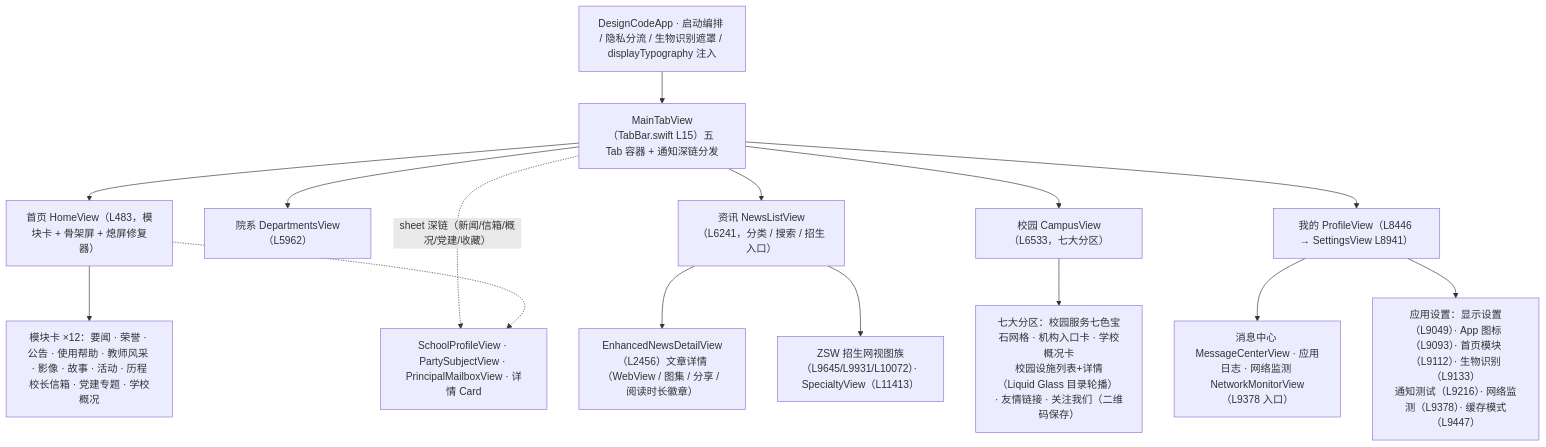
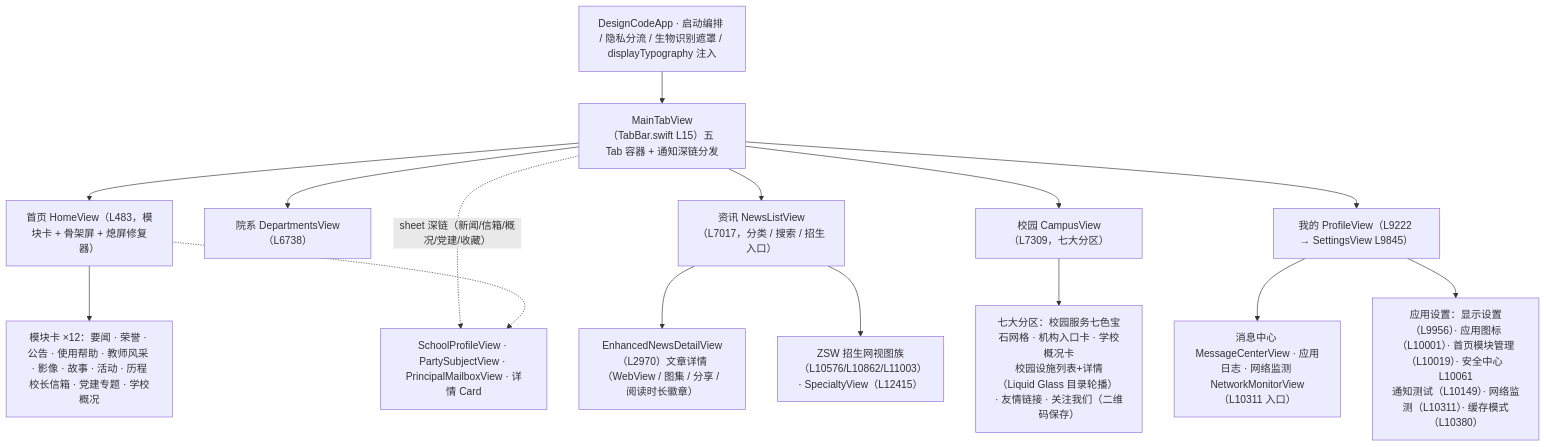
One commit to kkkh/demo changed the diagram in qin/docs/code-wiki/02-主要模块职责.md. Above: the diagram before and after it, drawn with Mermaid. The commit also changed other lines of this file and 7 other files, not shown here.

````diff
--- a/qin/docs/code-wiki/02-主要模块职责.md
+++ b/qin/docs/code-wiki/02-主要模块职责.md
@@ -63,19 +63,19 @@
 ```mermaid
 flowchart TB
     APP["DesignCodeApp · 启动编排 / 隐私分流 / 生物识别遮罩 / displayTypography 注入"]
     TAB["MainTabView（TabBar.swift L15）五 Tab 容器 + 通知深链分发"]
     APP --> TAB
     TAB --> T0["首页 HomeView（L483，模块卡 + 骨架屏 + 熄屏修复器）"]
-    TAB --> T1["院系 DepartmentsView（L5962）"]
-    TAB --> T2["资讯 NewsListView（L6241，分类 / 搜索 / 招生入口）"]
-    TAB --> T3["校园 CampusView（L6533，七大分区）"]
-    TAB --> T4["我的 ProfileView（L8446 → SettingsView L8941）"]
+    TAB --> T1["院系 DepartmentsView（L6738）"]
+    TAB --> T2["资讯 NewsListView（L7017，分类 / 搜索 / 招生入口）"]
+    TAB --> T3["校园 CampusView（L7309，七大分区）"]
+    TAB --> T4["我的 ProfileView（L9222 → SettingsView L9845）"]
     T0 --> M0["模块卡 ×12：要闻 · 荣誉 · 公告 · 使用帮助 · 教师风采 · 影像 · 故事 · 活动 · 历程<br/>校长信箱 · 党建专题 · 学校概况"]
-    T2 --> N0["EnhancedNewsDetailView（L2456）文章详情（WebView / 图集 / 分享 / 阅读时长徽章）"]
-    T2 --> Z0["ZSW 招生网视图族（L9645/L9931/L10072）· SpecialtyView（L11413）"]
+    T2 --> N0["EnhancedNewsDetailView（L2970）文章详情（WebView / 图集 / 分享 / 阅读时长徽章）"]
+    T2 --> Z0["ZSW 招生网视图族（L10576/L10862/L11003）· SpecialtyView（L12415）"]
     T3 --> C0["七大分区：校园服务七色宝石网格 · 机构入口卡 · 学校概况卡<br/>校园设施列表+详情（Liquid Glass 目录轮播） · 友情链接 · 关注我们（二维码保存）"]
-    T4 --> P0["消息中心 MessageCenterView · 应用日志 · 网络监测 NetworkMonitorView（L9378 入口）"]
-    T4 --> P1["应用设置：显示设置（L9049）· App 图标（L9093）· 首页模块（L9112）· 生物识别（L9133）<br/>通知测试（L9216）· 网络监测（L9378）· 缓存模式（L9447）"]
+    T4 --> P0["消息中心 MessageCenterView · 应用日志 · 网络监测 NetworkMonitorView（L10311 入口）"]
+    T4 --> P1["应用设置：显示设置（L9956）· 应用图标（L10001）· 首页模块管理（L10019）· 安全中心 L10061<br/>通知测试（L10149）· 网络监测（L10311）· 缓存模式（L10380）"]
     TAB -.->|"sheet 深链（新闻/信箱/概况/党建/收藏）"| SH["SchoolProfileView · PartySubjectView · PrincipalMailboxView · 详情 Card"]
     T0 -.-> SH
 ```
````
